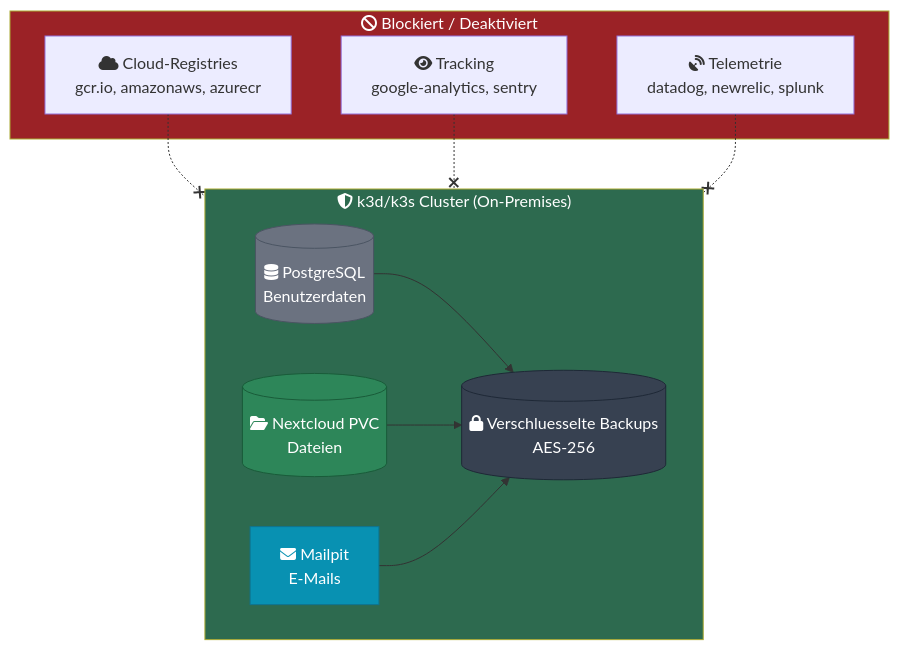
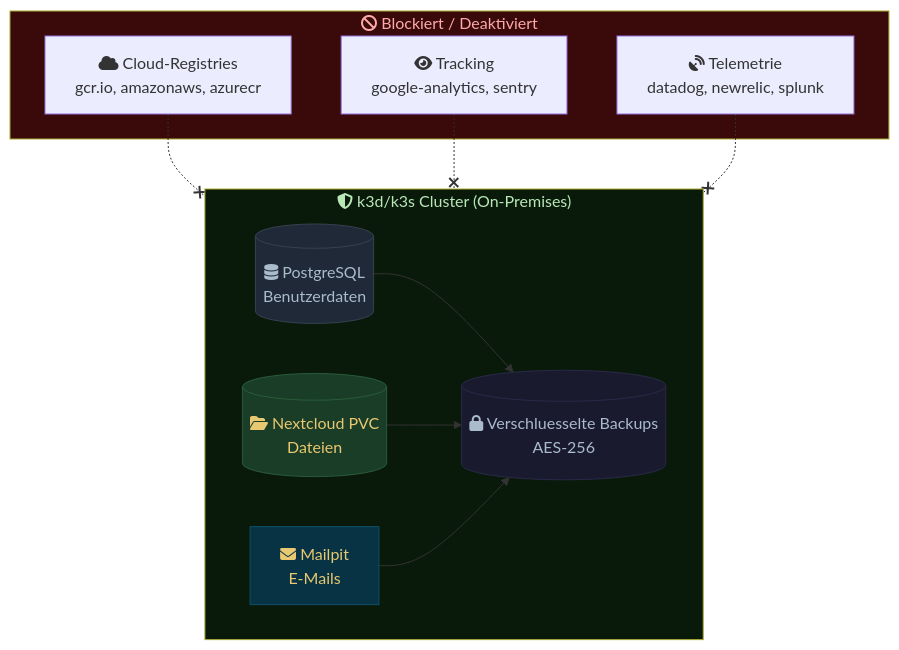
Before and after one commit to Paddione/Bachelorprojekt: the first of 2 diagrams in k3d/docs-content/security.md, drawn with Mermaid. The commit also changed other lines of this file and 6 other files, not shown here.

First line of the commit message:
docs: retheme all Mermaid diagrams to mentolder dark+gold palette

````diff
--- a/k3d/docs-content/security.md
+++ b/k3d/docs-content/security.md
@@ -7,27 +7,27 @@
 ```mermaid
 flowchart TB
     subgraph Cluster ["fa:fa-shield-halved k3d/k3s Cluster (On-Premises)"]
         DB[("fa:fa-database PostgreSQL<br/>Benutzerdaten")]
         FILES[("fa:fa-folder-open Nextcloud PVC<br/>Dateien")]
         MAIL["fa:fa-envelope Mailpit<br/>E-Mails"]
         BACKUP[("fa:fa-lock Verschluesselte Backups<br/>AES-256")]
     end
 
     subgraph Blocked ["fa:fa-ban Blockiert / Deaktiviert"]
         CLOUD["fa:fa-cloud Cloud-Registries<br/>gcr.io, amazonaws, azurecr"]
         TRACK["fa:fa-eye Tracking<br/>google-analytics, sentry"]
         TELE["fa:fa-satellite-dish Telemetrie<br/>datadog, newrelic, splunk"]
     end
 
     DB & FILES & MAIL --> BACKUP
     CLOUD -.-x Cluster
     TRACK -.-x Cluster
     TELE -.-x Cluster
 
-    style Cluster fill:#2d6a4f,color:#fff
-    style Blocked fill:#9b2226,color:#fff
-    style DB fill:#6b7280,color:#fff,stroke:#4b5563
-    style FILES fill:#2d8659,color:#fff,stroke:#1a5c3a
-    style MAIL fill:#0891b2,color:#fff,stroke:#0e7490
-    style BACKUP fill:#374151,color:#fff,stroke:#1f2937
+    style Cluster fill:#0a1a0a,color:#b8e8b8
+    style Blocked fill:#3a0a0a,color:#ffaaaa
+    style DB fill:#1f2937,color:#aabbcc,stroke:#374151
+    style FILES fill:#1a3d28,color:#e8c870,stroke:#2a5c3a
+    style MAIL fill:#083344,color:#e8c870,stroke:#0e4f68
+    style BACKUP fill:#1a1a2e,color:#aabbcc,stroke:#2a2a4a
 ```
````
